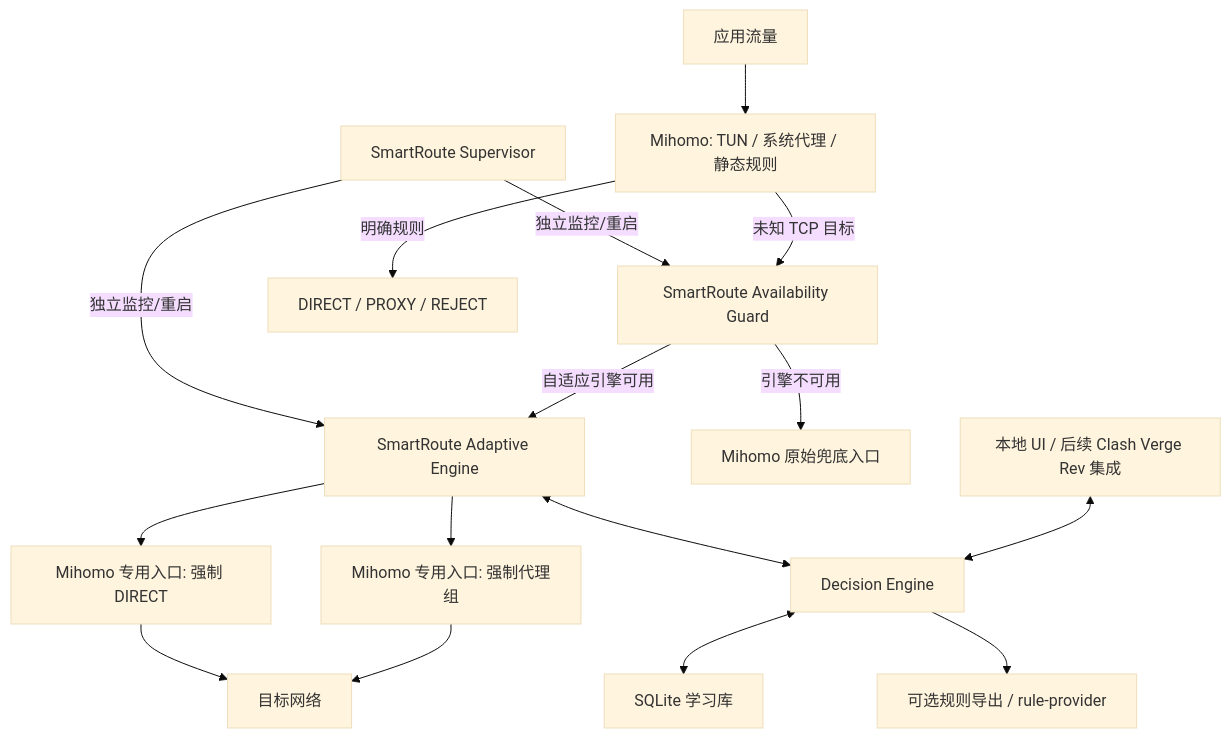
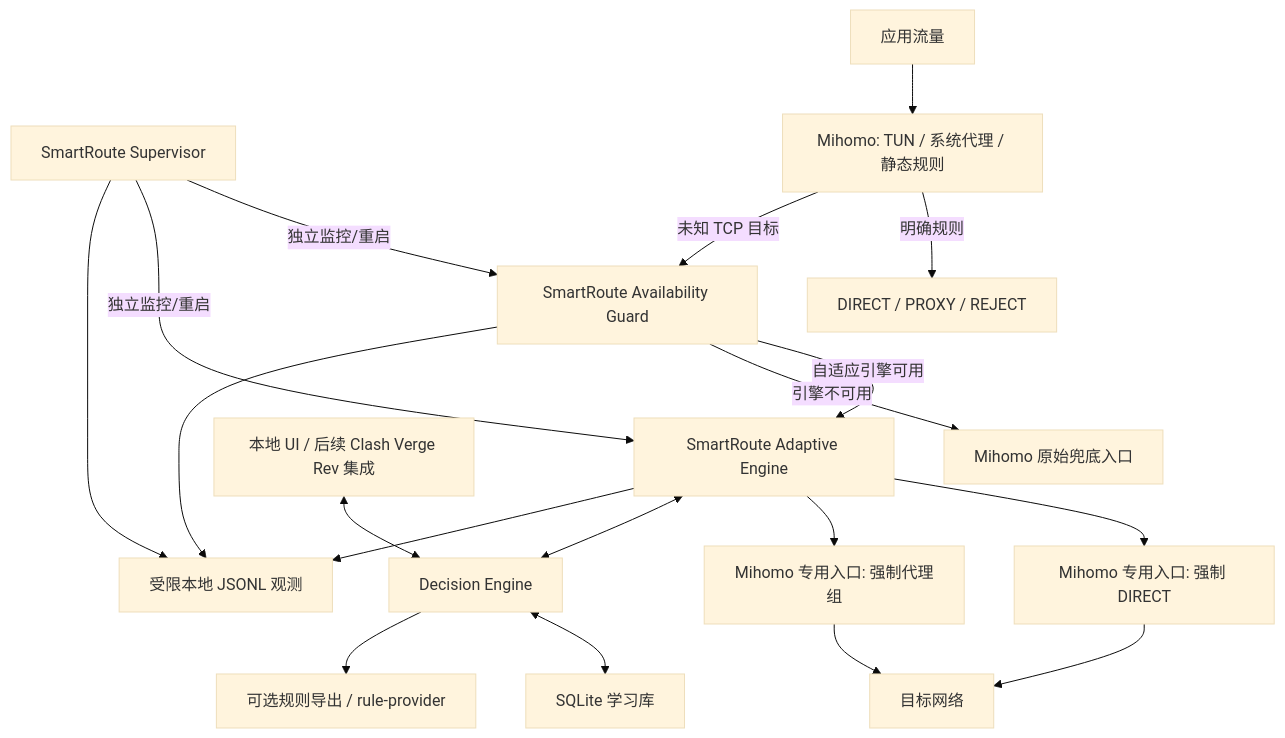
One commit to firfisa/smartroute changed the first of 4 diagrams in docs/02-technical-design.md. Above: the diagram before and after it, drawn with Mermaid (base theme). The commit also changed other lines of this file and 17 other files, not shown here.

````diff
--- a/docs/02-technical-design.md
+++ b/docs/02-technical-design.md
@@ -28,18 +28,21 @@
 ```mermaid
 flowchart TB
     Sup["SmartRoute Supervisor"] -->|"独立监控/重启"| G
     Sup -->|"独立监控/重启"| S
+    Sup --> Obs["受限本地 JSONL 观测"]
     App["应用流量"] --> M["Mihomo: TUN / 系统代理 / 静态规则"]
     M -->|"明确规则"| Fixed["DIRECT / PROXY / REJECT"]
     M -->|"未知 TCP 目标"| G["SmartRoute Availability Guard"]
     G -->|"自适应引擎可用"| S["SmartRoute Adaptive Engine"]
     G -->|"引擎不可用"| O["Mihomo 原始兜底入口"]
     S --> D["Mihomo 专用入口: 强制 DIRECT"]
     S --> P["Mihomo 专用入口: 强制代理组"]
     D --> Net["目标网络"]
     P --> Net
     S <--> E["Decision Engine"]
+    S --> Obs
+    G --> Obs
     E <--> DB["SQLite 学习库"]
     UI["本地 UI / 后续 Clash Verge Rev 集成"] <--> E
     E --> Export["可选规则导出 / rule-provider"]
 ```
````
